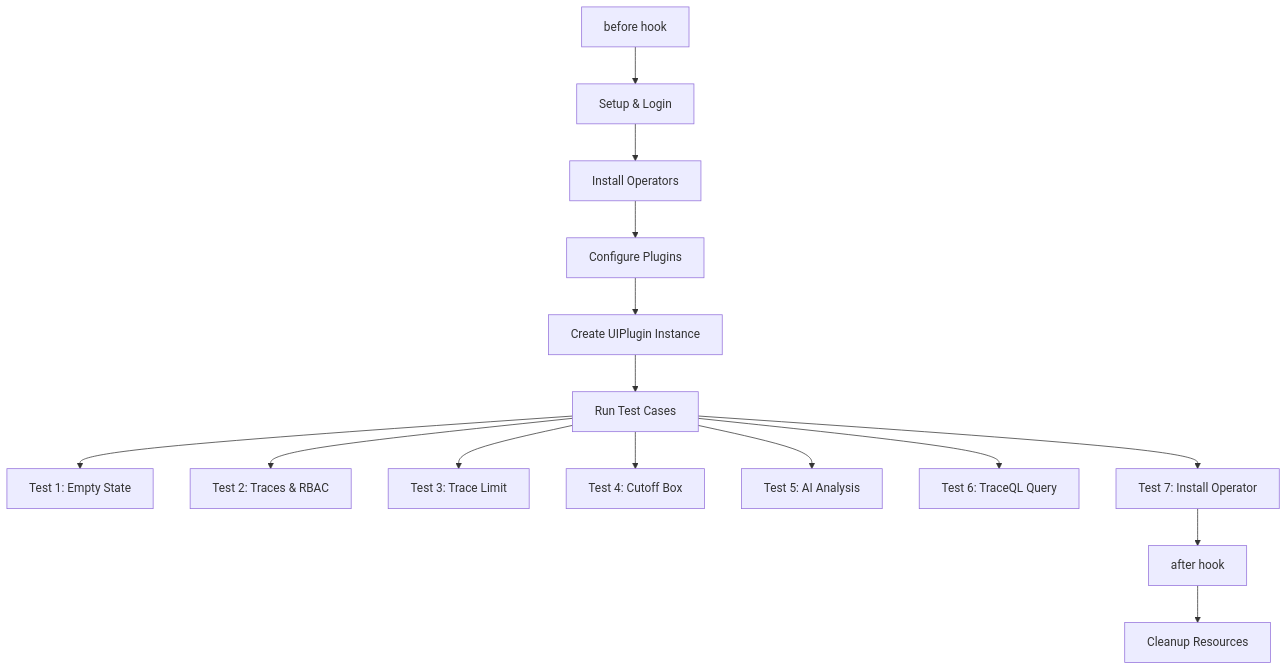
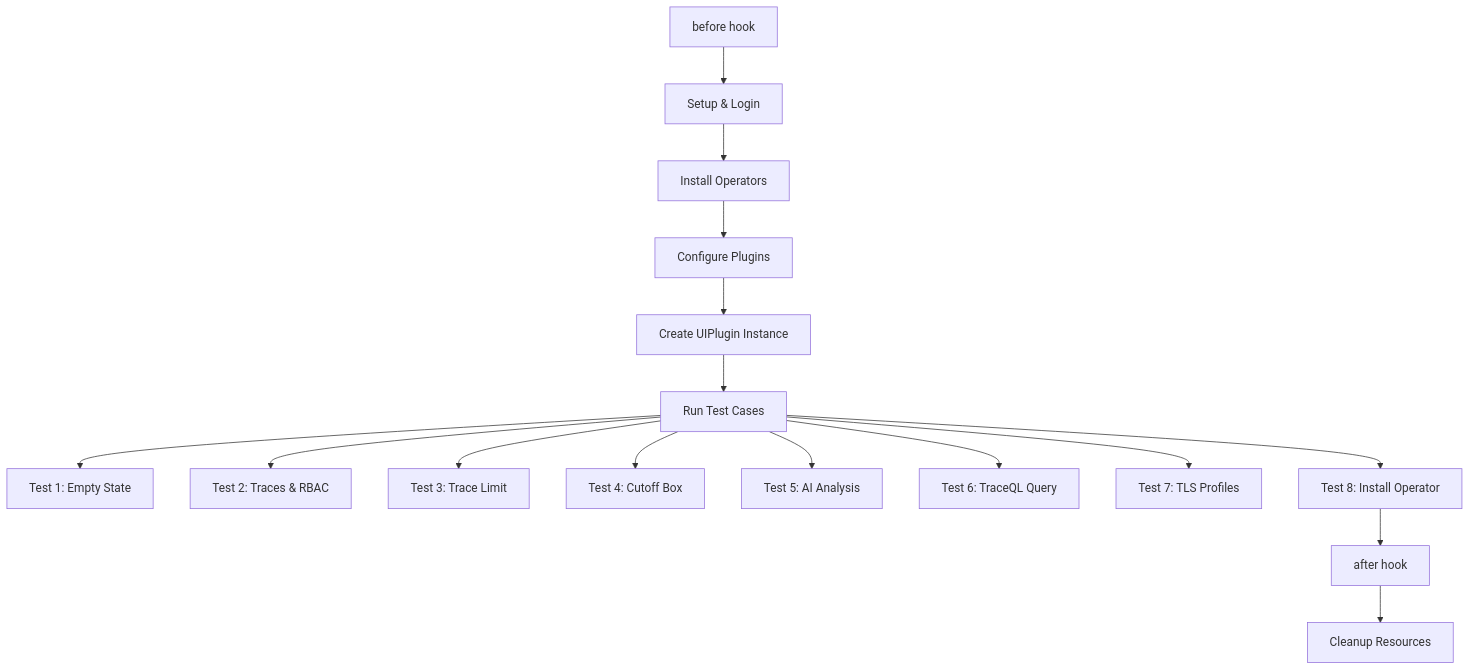
One commit to openshift/distributed-tracing-console-plugin changed the diagram in tests/TEST_COVERAGE_REPORT.md. Above: the diagram before and after it, drawn with Mermaid. The commit also changed other lines of this file and 25 other files, not shown here.

````diff
--- a/tests/TEST_COVERAGE_REPORT.md
+++ b/tests/TEST_COVERAGE_REPORT.md
@@ -232,17 +259,18 @@
 ```mermaid
 graph TD
     A[before hook] --> B[Setup & Login]
     B --> C[Install Operators]
     C --> D[Configure Plugins]
     D --> E[Create UIPlugin Instance]
     E --> F[Run Test Cases]
     F --> G[Test 1: Empty State]
     F --> H[Test 2: Traces & RBAC]
     F --> I[Test 3: Trace Limit]
     F --> J[Test 4: Cutoff Box]
     F --> K[Test 5: AI Analysis]
     F --> L[Test 6: TraceQL Query]
-    F --> P[Test 7: Install Operator]
+    F --> O[Test 7: TLS Profiles]
+    F --> P[Test 8: Install Operator]
     P --> M[after hook]
     M --> N[Cleanup Resources]
 ```
````
